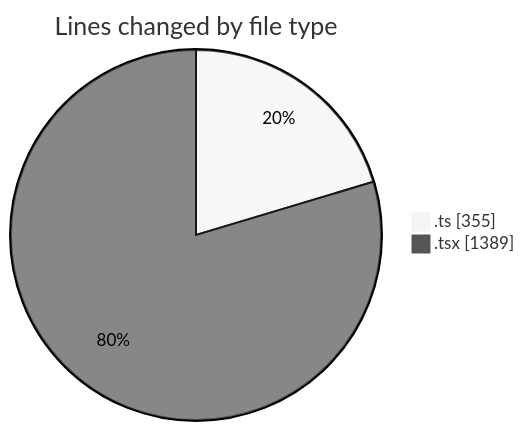
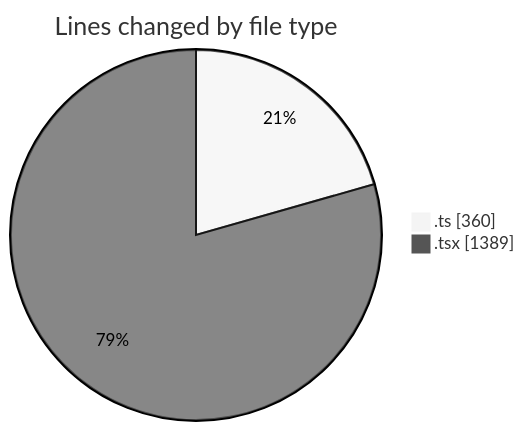
Before and after one commit to robertbonfada/code-tracking: the first of 2 diagrams in 2025-01-27/termonied-web/README.md, drawn with Mermaid (neutral theme). The commit also changed other lines of this file and 1 other file, not shown here.

````diff
--- a/2025-01-27/termonied-web/README.md
+++ b/2025-01-27/termonied-web/README.md
@@ -26,6 +26,6 @@
 ```mermaid
 pie showData
 title Lines changed by file type
-".ts" : 355
+".ts" : 360
 ".tsx" : 1389
 ```
````
